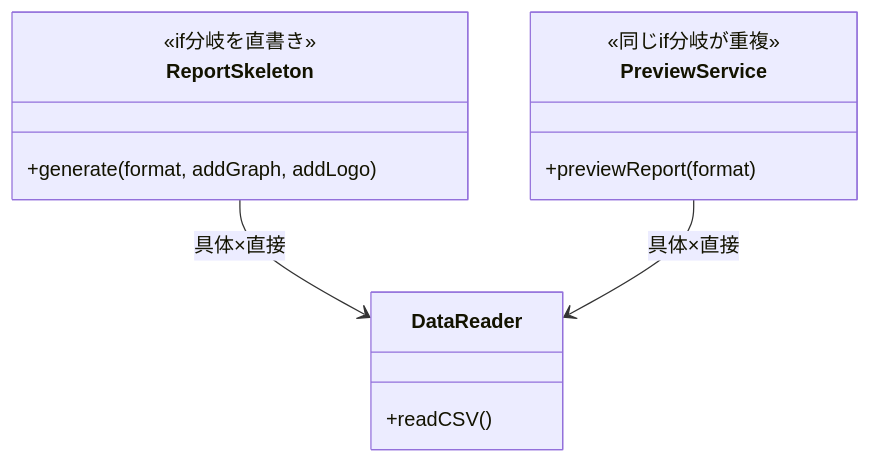
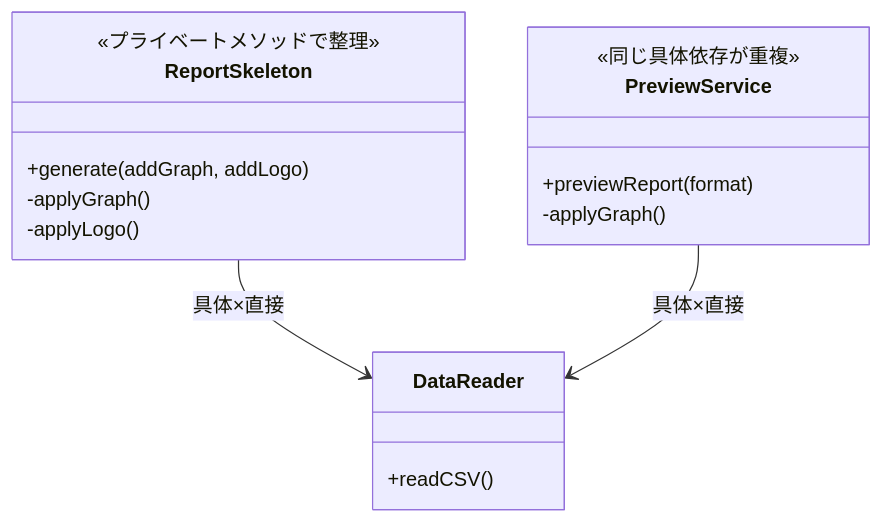
One commit to kumachan1101-pixel/DesignPattern changed the fourth of 11 diagrams in kindle/design-patterns/output/chapter11.md. Above: the diagram before and after it, drawn with Mermaid. The commit also changed other lines of this file and 12 other files, not shown here.

````diff
--- a/kindle/design-patterns/output/chapter11.md
+++ b/kindle/design-patterns/output/chapter11.md
@@ -395,16 +386,19 @@
 ```mermaid
 classDiagram
     class ReportSkeleton {
-        <<if分岐を直書き>>
-        +generate(format, addGraph, addLogo)
+        <<プライベートメソッドで整理>>
+        +generate(addGraph, addLogo)
+        -applyGraph()
+        -applyLogo()
     }
     class PreviewService {
-        <<同じif分岐が重複>>
+        <<同じ具体依存が重複>>
         +previewReport(format)
+        -applyGraph()
     }
     class DataReader {
         +readCSV()
     }
     ReportSkeleton --> DataReader : 具体×直接
     PreviewService --> DataReader : 具体×直接
 ```
````
